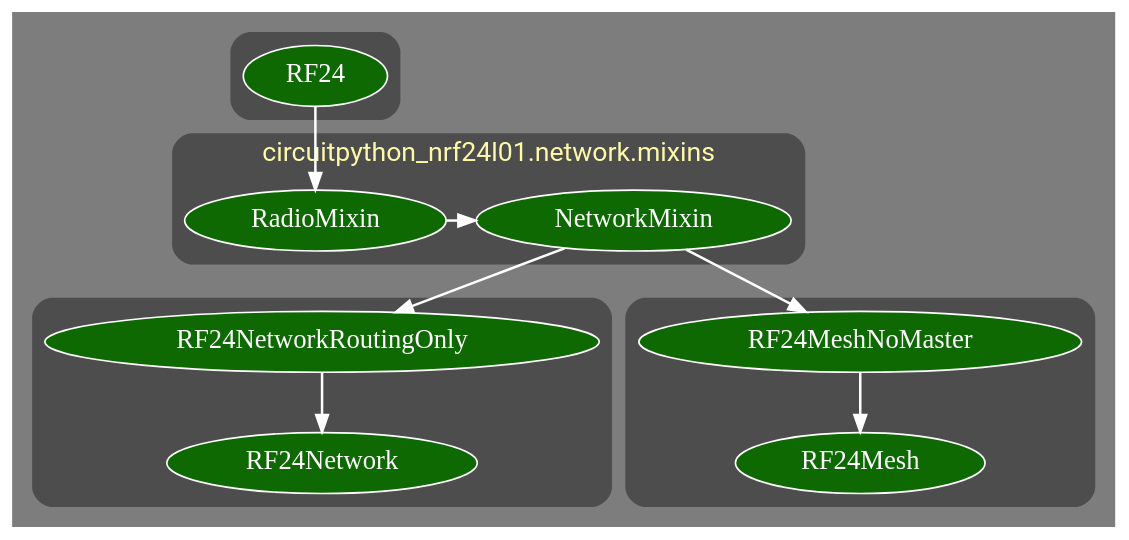
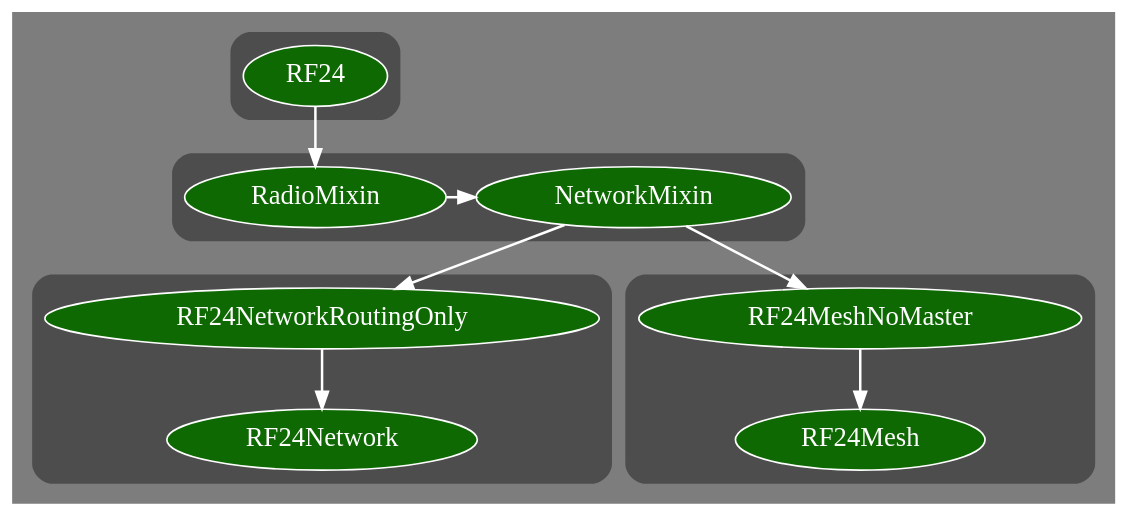
Before and after one commit to nRF24/CircuitPython_nRF24L01: the diagram in docs/network_docs/shared_api.rst, drawn with Graphviz. The commit also changed other lines of this file and 5 other files, not shown here.

```diff
--- a/docs/network_docs/shared_api.rst
+++ b/docs/network_docs/shared_api.rst
@@ -7,69 +10,68 @@
 .. graphviz::
     :align: center
 
     digraph inheritance {
         bgcolor="#323232A1"
         fontcolor="#FEF9A9"
         fontsize=16
         fontname="Roboto"
         style="rounded,bold"
         color="#FFFFFF00"
         newrank=true
         node [
             style="filled"
             fillcolor="#0E6902"
             color="#FEFEFE"
             fontcolor="#FEFEFE"
             fontsize=16
         ]
         edge [
             color="white"
             penwidth=1.5
         ]
 
         subgraph cluster_rf24 {
             graph [xref=":mod:`circuitpython_nrf24l01.rf24`"]
             RF24 [xref=":class:`~circuitpython_nrf24l01.rf24.RF24`"]
         }
 
         subgraph cluster_network_mixins{
-            label="circuitpython_nrf24l01.network.mixins"
-            tooltip="circuitpython_nrf24l01.network.mixins module"
+            graph [xref=":mod:`circuitpython_nrf24l01.network.mixins`"]
             rank="same"
-            RadioMixin [tooltip="RadioMixin class"]
-            NetworkMixin [tooltip="NetworkMixin class"]
+            RadioMixin [tooltip="RadioMixin (Python class)"]
+            NetworkMixin [tooltip="NetworkMixin (Python class)"]
             RadioMixin -> NetworkMixin
         }
 
         subgraph cluster_rf24_network {
             graph [
                 labelloc="b"
                 //label="  circuitpython_nrf24l01.rf24_network  "
                 xref=":mod:`circuitpython_nrf24l01.rf24_network`"
             ]
             RF24NetworkRoutingOnly [
                 xref=":class:`~circuitpython_nrf24l01.rf24_network.RF24NetworkRoutingOnly`"
             ]
             RF24Network [
                 xref=":class:`~circuitpython_nrf24l01.rf24_network.RF24Network`"
             ]
             RF24NetworkRoutingOnly -> RF24Network
         }
 
         subgraph cluster_rf24_mesh {
             labelloc="b"
             graph [
                 xref=":mod:`circuitpython_nrf24l01.rf24_mesh`"
             ]
             RF24MeshNoMaster [
                 xref=":class:`~circuitpython_nrf24l01.rf24_mesh.RF24MeshNoMaster`"
             ]
             RF24Mesh [
                 xref=":class:`~circuitpython_nrf24l01.rf24_mesh.RF24Mesh`"
             ]
             RF24MeshNoMaster -> RF24Mesh
         }
         RF24 -> RadioMixin
         NetworkMixin -> RF24NetworkRoutingOnly
         NetworkMixin -> RF24MeshNoMaster
     }
```
